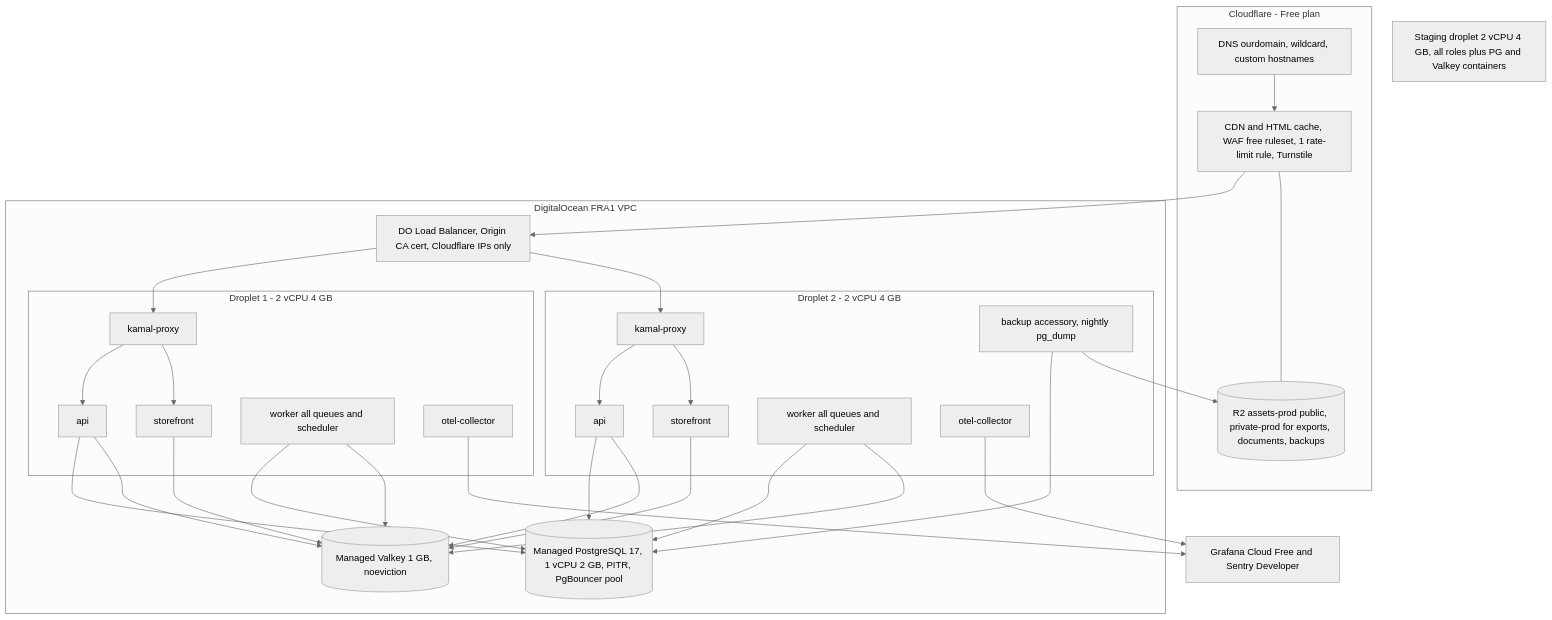
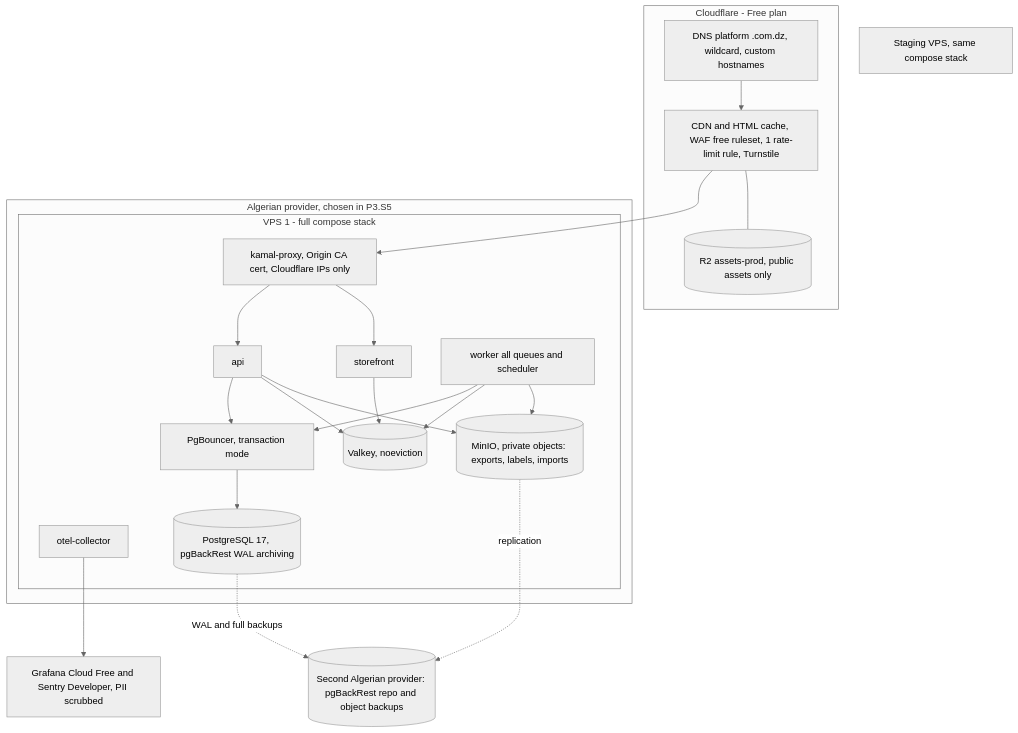
The first of 3 diagrams in docs/architecture/infrastructure.md (ChematWalid/cod-commerce), drawn with Mermaid (neutral theme) before and after one commit. The commit also changed other lines of this file and 21 other files, not shown here.

Commit message:
docs(roadmap): apply accepted ADRs to briefs and architecture docs (#77)

````diff
--- a/docs/architecture/infrastructure.md
+++ b/docs/architecture/infrastructure.md
@@ -16,52 +18,39 @@
 ```mermaid
 flowchart TB
   subgraph Edge["Cloudflare - Free plan"]
-    DNS["DNS ourdomain, wildcard, custom hostnames"]
+    DNS["DNS platform .com.dz, wildcard, custom hostnames"]
     CDN["CDN and HTML cache, WAF free ruleset, 1 rate-limit rule, Turnstile"]
-    R2[("R2 assets-prod public, private-prod for exports, documents, backups")]
+    R2[("R2 assets-prod, public assets only")]
   end
-  subgraph FRA1["DigitalOcean FRA1 VPC"]
-    LB["DO Load Balancer, Origin CA cert, Cloudflare IPs only"]
-    subgraph N1["Droplet 1 - 2 vCPU 4 GB"]
-      KP1["kamal-proxy"]
+  subgraph DZ["Algerian provider, chosen in P3.S5"]
+    subgraph N1["VPS 1 - full compose stack"]
+      KP1["kamal-proxy, Origin CA cert, Cloudflare IPs only"]
       API1["api"]
       SF1["storefront"]
       WK1["worker all queues and scheduler"]
       OT1["otel-collector"]
+      PGB["PgBouncer, transaction mode"]
+      PG[("PostgreSQL 17, pgBackRest WAL archiving")]
+      VK[("Valkey, noeviction")]
+      MIO[("MinIO, private objects: exports, labels, imports")]
     end
-    subgraph N2["Droplet 2 - 2 vCPU 4 GB"]
-      KP2["kamal-proxy"]
-      API2["api"]
-      SF2["storefront"]
-      WK2["worker all queues and scheduler"]
-      OT2["otel-collector"]
-      BK2["backup accessory, nightly pg_dump"]
-    end
-    PG[("Managed PostgreSQL 17, 1 vCPU 2 GB, PITR, PgBouncer pool")]
-    VK[("Managed Valkey 1 GB, noeviction")]
   end
-  STG["Staging droplet 2 vCPU 4 GB, all roles plus PG and Valkey containers"]
-  OBS["Grafana Cloud Free and Sentry Developer"]
-  DNS --> CDN --> LB
+  BKP[("Second Algerian provider: pgBackRest repo and object backups")]
+  STG["Staging VPS, same compose stack"]
+  OBS["Grafana Cloud Free and Sentry Developer, PII scrubbed"]
+  DNS --> CDN --> KP1
   CDN --- R2
-  LB --> KP1
-  LB --> KP2
   KP1 --> API1
   KP1 --> SF1
-  KP2 --> API2
-  KP2 --> SF2
-  API1 --> PG
-  API2 --> PG
-  WK1 --> PG
-  WK2 --> PG
+  API1 --> PGB
+  WK1 --> PGB
+  PGB --> PG
   API1 --> VK
-  API2 --> VK
   SF1 --> VK
-  SF2 --> VK
   WK1 --> VK
-  WK2 --> VK
+  WK1 --> MIO
+  API1 --> MIO
   OT1 --> OBS
-  OT2 --> OBS
-  BK2 --> PG
-  BK2 --> R2
+  PG -.->|WAL and full backups| BKP
+  MIO -.->|replication| BKP
 ```
````
